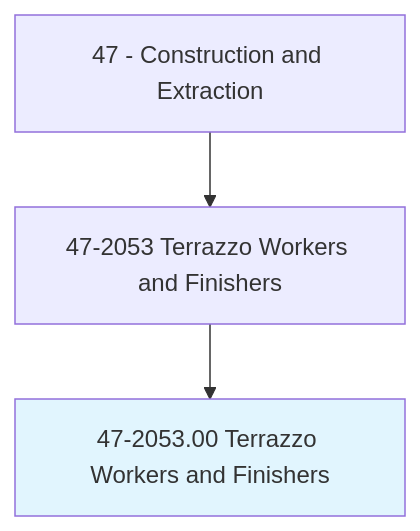
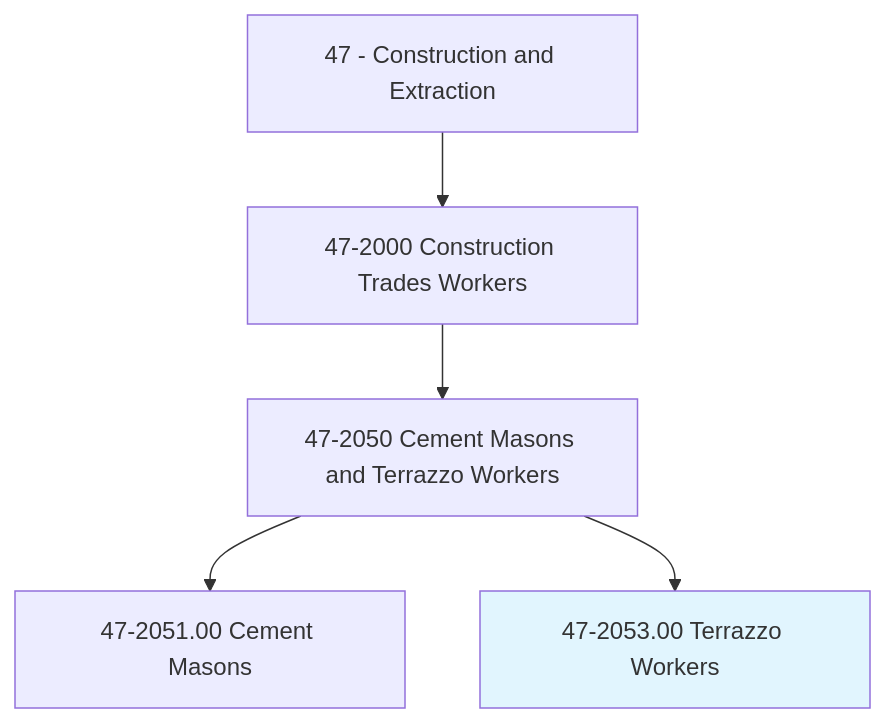
One commit to kziemski/business.org.ai changed the first of 4 diagrams in occupations/Construction/TerrazzoWorkersAndFinishers.mdx. Above: the diagram before and after it, drawn with Mermaid. The commit also changed other lines of this file and 938 other files, not shown here.

````diff
--- a/occupations/Construction/TerrazzoWorkersAndFinishers.mdx
+++ b/occupations/Construction/TerrazzoWorkersAndFinishers.mdx
@@ -19,6 +23,8 @@
 ```mermaid
 graph TD
-    Cat47["47 - Construction and Extraction"] --> Group472053["47-2053 Terrazzo Workers and Finishers"]
-    Group472053 --> Current["47-2053.00 Terrazzo Workers and Finishers"]
+    Cat47["47 - Construction and Extraction"] --> Group472["47-2000 Construction Trades Workers"]
+    Group472 --> Group4720["47-2050 Cement Masons and Terrazzo Workers"]
+    Group4720 --> Cement["47-2051.00 Cement Masons"]
+    Group4720 --> Current["47-2053.00 Terrazzo Workers"]
     style Current fill:#e1f5fe
 ```
````
